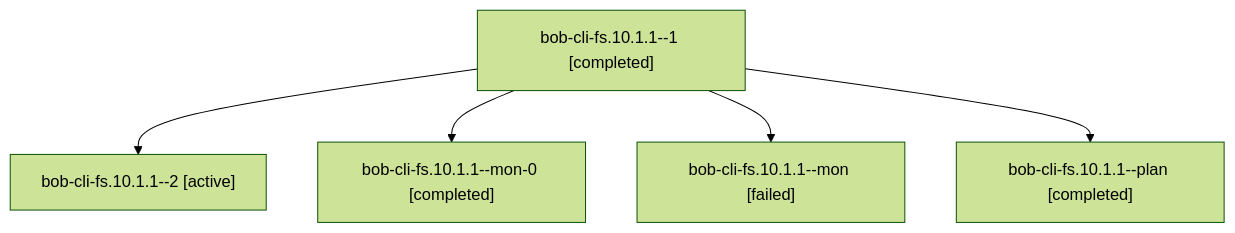
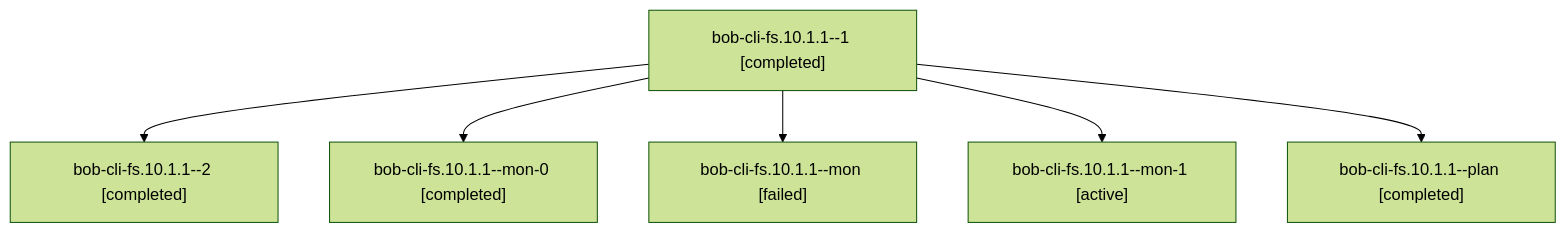
One commit to bobs-org/bob-cli--agents changed the diagram in sessions/bbugyi200.athena.bob-cli-fs.10.1.1.md. Above: the diagram before and after it, drawn with Mermaid (forest theme). The commit also changed other lines of this file and 105 other files, not shown here.

````diff
--- a/sessions/bbugyi200.athena.bob-cli-fs.10.1.1.md
+++ b/sessions/bbugyi200.athena.bob-cli-fs.10.1.1.md
@@ -9,12 +9,14 @@
 ```mermaid
 flowchart TD
   n0["bob-cli-fs.10.1.1--1 [completed]"]
-  n1["bob-cli-fs.10.1.1--2 [active]"]
+  n1["bob-cli-fs.10.1.1--2 [completed]"]
   n0 --> n1
   n2["bob-cli-fs.10.1.1--mon-0 [completed]"]
   n0 --> n2
   n3["bob-cli-fs.10.1.1--mon [failed]"]
   n0 --> n3
-  n4["bob-cli-fs.10.1.1--plan [completed]"]
+  n4["bob-cli-fs.10.1.1--mon-1 [active]"]
   n0 --> n4
+  n5["bob-cli-fs.10.1.1--plan [completed]"]
+  n0 --> n5
 ```
````
